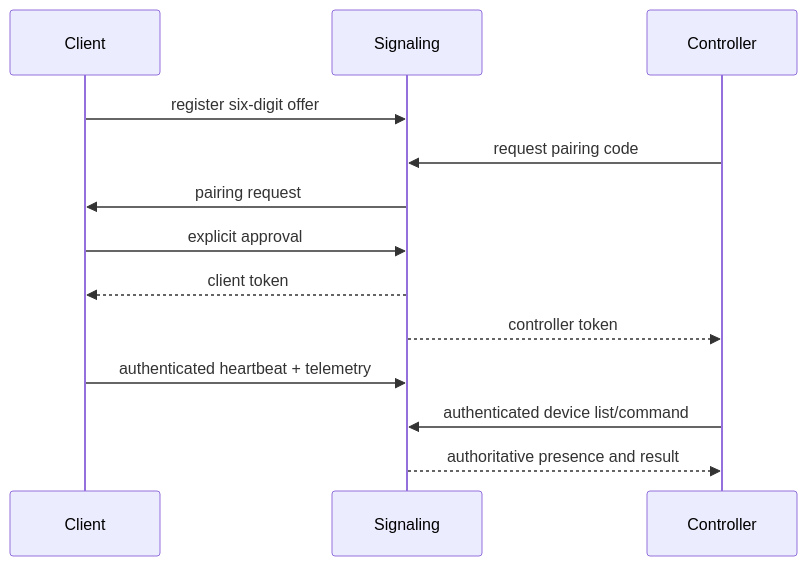
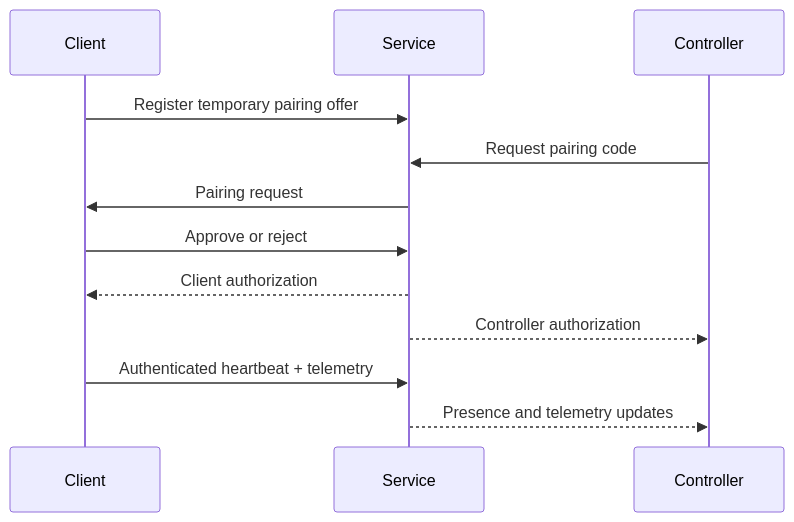
Before and after one commit to rakhan17/Meizzo: the second of 2 diagrams in README.md, drawn with Mermaid. The commit also changed other lines of this file, not shown here.

````diff
--- a/README.md
+++ b/README.md
@@ -113,15 +90,14 @@
 ```mermaid
 sequenceDiagram
-  participant C as Client
-  participant S as Signaling
-  participant O as Controller
-  C->>S: register six-digit offer
-  O->>S: request pairing code
-  S->>C: pairing request
-  C->>S: explicit approval
-  S-->>C: client token
-  S-->>O: controller token
-  C->>S: authenticated heartbeat + telemetry
-  O->>S: authenticated device list/command
-  S-->>O: authoritative presence and result
+  participant Client
+  participant Service
+  participant Controller
+  Client->>Service: Register temporary pairing offer
+  Controller->>Service: Request pairing code
+  Service->>Client: Pairing request
+  Client->>Service: Approve or reject
+  Service-->>Client: Client authorization
+  Service-->>Controller: Controller authorization
+  Client->>Service: Authenticated heartbeat + telemetry
+  Service-->>Controller: Presence and telemetry updates
 ```
````
